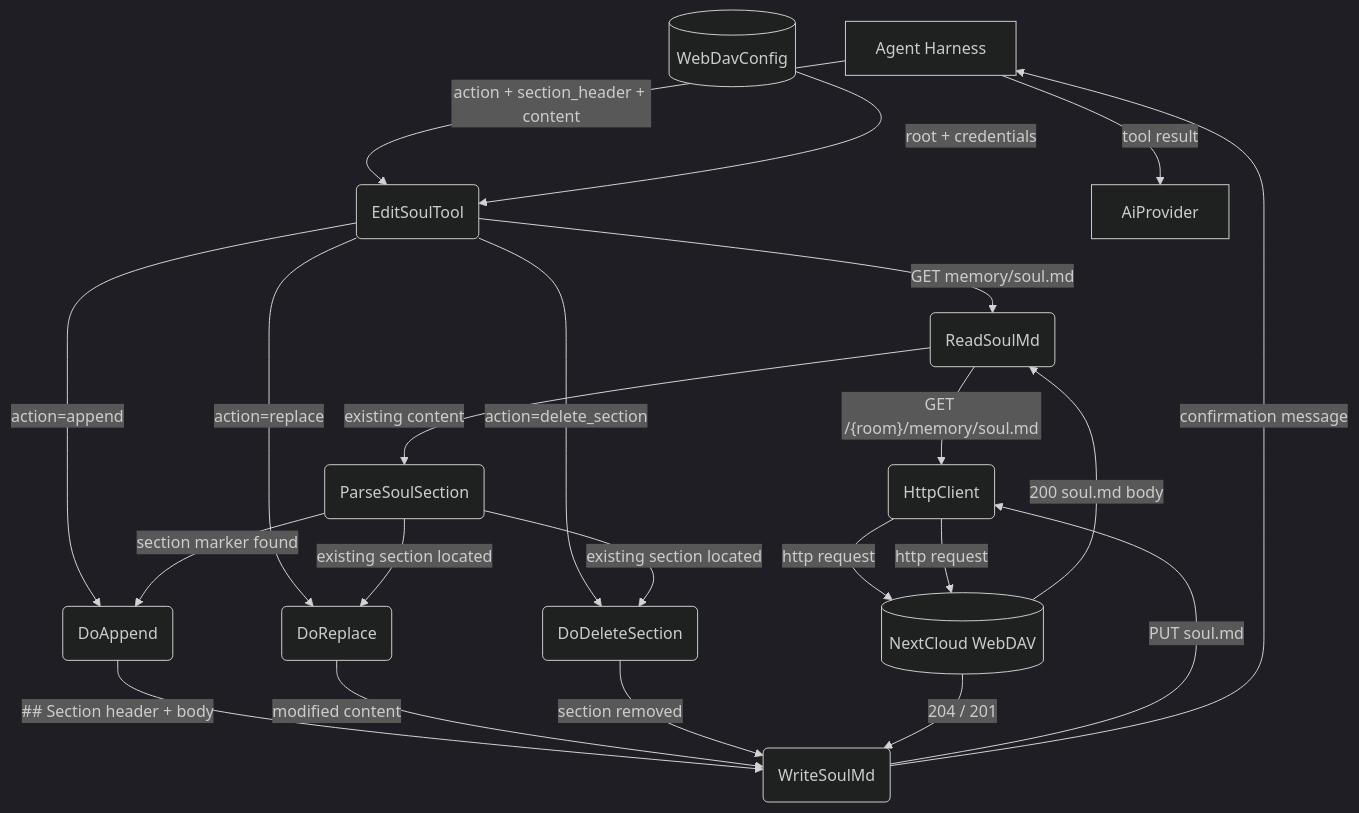
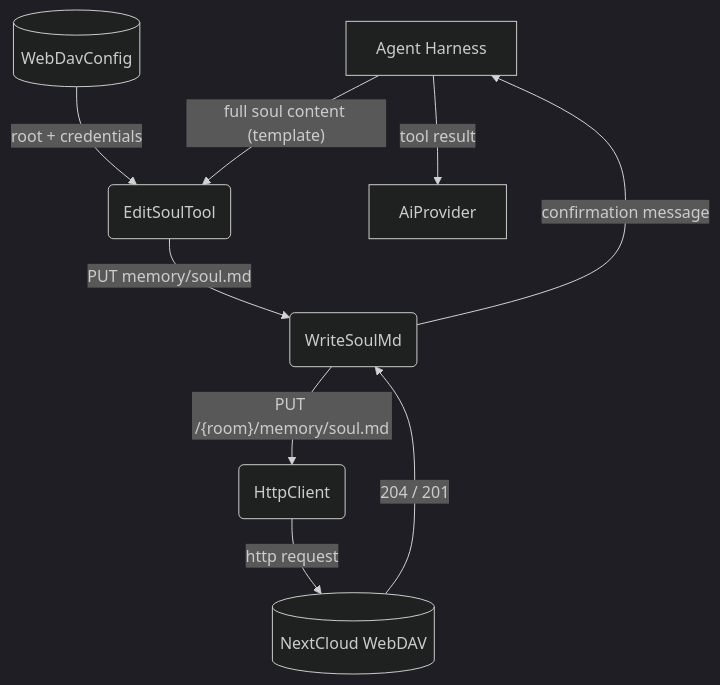
One commit to cosmoswafer/rockbot changed the first of 2 diagrams in _dfds/tools/edit-soul.md. Above: the diagram before and after it, drawn with Mermaid (dark theme). The commit also changed other lines of this file and 6 other files, not shown here.

First line of the commit message:
fix: sanitize tool_call arguments to prevent HTTP 400 from Qwen; simplify edit_soul to full-replace with template

````diff
--- a/_dfds/tools/edit-soul.md
+++ b/_dfds/tools/edit-soul.md
@@ -23,37 +39,19 @@
 ```mermaid
 flowchart TD
     AGENT[Agent Harness]
     CFG[(WebDavConfig)]
     SOUL(EditSoulTool)
-    GET(ReadSoulMd)
-    PARSE(ParseSoulSection)
-    APPEND(DoAppend)
-    REPLACE(DoReplace)
-    DELETE(DoDeleteSection)
     PUT(WriteSoulMd)
     HTTP(HttpClient)
     DAV[(NextCloud WebDAV)]
     AI[AiProvider]
 
-    AGENT -->|"action + section_header + content"| SOUL
+    AGENT -->|"full soul content (template)"| SOUL
     CFG -->|"root + credentials"| SOUL
-    SOUL -->|"GET memory/soul.md"| GET
-    GET -->|"GET /{room}/memory/soul.md"| HTTP
-    HTTP -->|"http request"| DAV
-    DAV -->|"200 soul.md body"| GET
-    GET -->|"existing content"| PARSE
-    SOUL -->|"action=append"| APPEND
-    SOUL -->|"action=replace"| REPLACE
-    SOUL -->|"action=delete_section"| DELETE
-    PARSE -->|"section marker found"| APPEND
-    PARSE -->|"existing section located"| REPLACE
-    PARSE -->|"existing section located"| DELETE
-    APPEND -->|"## Section header + body"| PUT
-    REPLACE -->|"modified content"| PUT
-    DELETE -->|"section removed"| PUT
-    PUT -->|"PUT soul.md"| HTTP
+    SOUL -->|"PUT memory/soul.md"| PUT
+    PUT -->|"PUT /{room}/memory/soul.md"| HTTP
     HTTP -->|"http request"| DAV
     DAV -->|"204 / 201"| PUT
     PUT -->|"confirmation message"| AGENT
     AGENT -->|"tool result"| AI
 ```
````
